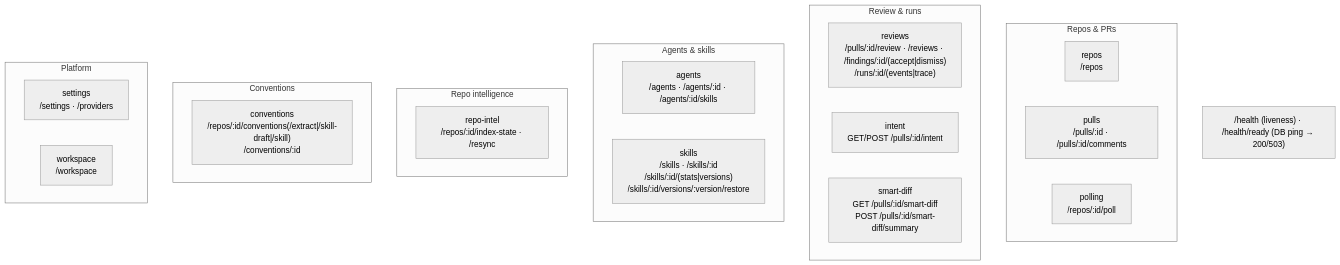
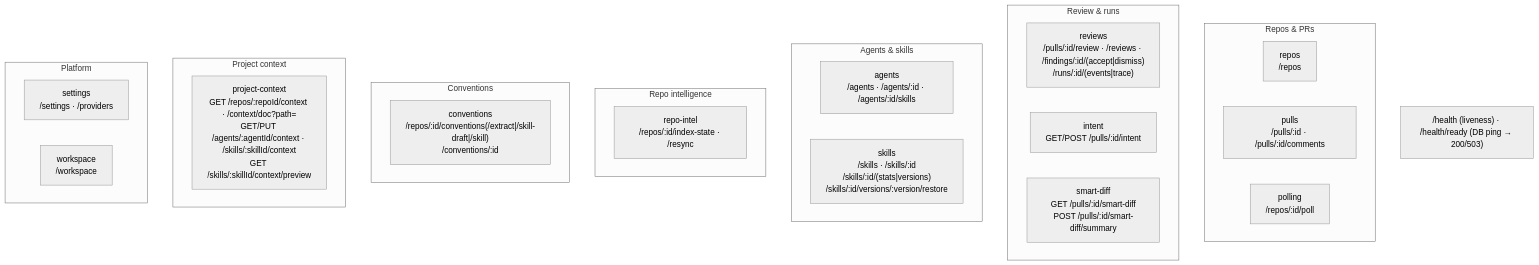
Before and after one commit to SerMedvid/dev-digest: the second of 2 diagrams in server/README.md, drawn with Mermaid (neutral theme). The commit also changed other lines of this file and 29 other files, not shown here.

````diff
--- a/server/README.md
+++ b/server/README.md
@@ -64,28 +64,31 @@
 ```mermaid
 flowchart TB
   subgraph Repos_PRs["Repos & PRs"]
     repos["repos<br/>/repos"]
     pulls["pulls<br/>/pulls/:id · /pulls/:id/comments"]
     polling["polling<br/>/repos/:id/poll"]
   end
   subgraph Review["Review & runs"]
     reviews["reviews<br/>/pulls/:id/review · /reviews · /findings/:id/(accept|dismiss)<br/>/runs/:id/(events|trace)"]
     intent["intent<br/>GET/POST /pulls/:id/intent"]
     smartDiff["smart-diff<br/>GET /pulls/:id/smart-diff<br/>POST /pulls/:id/smart-diff/summary"]
   end
   subgraph Agents["Agents & skills"]
     agents["agents<br/>/agents · /agents/:id · /agents/:id/skills"]
     skills["skills<br/>/skills · /skills/:id<br/>/skills/:id/(stats|versions)<br/>/skills/:id/versions/:version/restore"]
   end
   subgraph Intel["Repo intelligence"]
     repoIntel["repo-intel<br/>/repos/:id/index-state · /resync"]
   end
   subgraph Conventions["Conventions"]
     conventions["conventions<br/>/repos/:id/conventions(/extract|/skill-draft|/skill)<br/>/conventions/:id"]
   end
+  subgraph ProjectContext["Project context"]
+    projectContext["project-context<br/>GET /repos/:repoId/context · /context/doc?path=<br/>GET/PUT /agents/:agentId/context · /skills/:skillId/context<br/>GET /skills/:skillId/context/preview"]
+  end
   subgraph Platform["Platform"]
     settings["settings<br/>/settings · /providers"]
     workspace["workspace<br/>/workspace"]
   end
   HEALTH["/health (liveness) · /health/ready (DB ping → 200/503)"]
 ```
````
